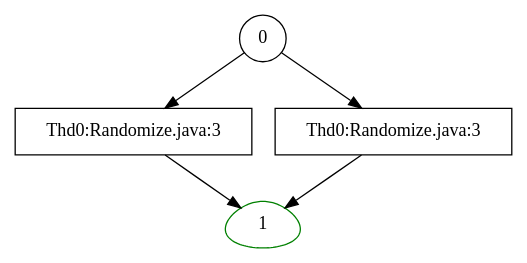
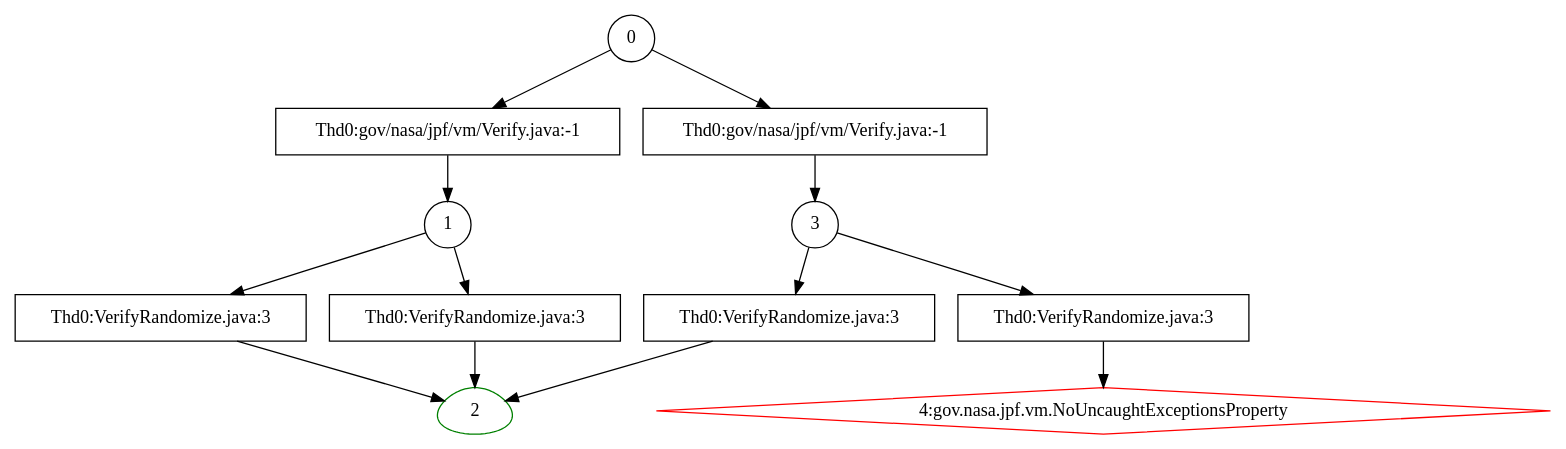
Before and after one commit to FedericoValentino/FormalMethods: the diagram in jpf-demos/Random/jpf-state-space.dot, drawn with Graphviz. The commit also changed 5 other files, not shown here.

```diff
--- a/jpf-demos/Random/jpf-state-space.dot
+++ b/jpf-demos/Random/jpf-state-space.dot
@@ -1,14 +1,31 @@
 digraph jpf_state_space {
-/* searchAdvanced(0, Thd0:java/util/Random.java:-1, true) */
-/* searchAdvanced(1, Thd0:Randomize.java:3, false) */
+/* searchAdvanced(0, Thd0:gov/nasa/jpf/vm/Verify.java:-1, true) */
+/* searchAdvanced(1, Thd0:gov/nasa/jpf/vm/Verify.java:-1, true) */
   st0 -> tr0;
-  tr0 [label="Thd0:Randomize.java:3",shape=box]
+  tr0 [label="Thd0:gov/nasa/jpf/vm/Verify.java:-1",shape=box]
   tr0 -> st1;  st0 [label="0",shape=circle,color=black];
-  st1 [label="1",shape=egg,color=green];
-/* searchBacktracked(gov.nasa.jpf.listener.StateSpaceDot$StateInformation@682b2fa) */
-/* searchAdvanced(1, Thd0:Randomize.java:3, false) */
-  st0 -> tr1;
-  tr1 [label="Thd0:Randomize.java:3",shape=box]
-  tr1 -> st1;/* searchBacktracked(gov.nasa.jpf.listener.StateSpaceDot$StateInformation@682b2fa) */
-/* searchBacktracked(gov.nasa.jpf.listener.StateSpaceDot$StateInformation@682b2fa) */
+/* searchAdvanced(2, Thd0:VerifyRandomize.java:3, false) */
+  st1 -> tr1;
+  tr1 [label="Thd0:VerifyRandomize.java:3",shape=box]
+  tr1 -> st2;  st1 [label="1",shape=circle,color=black];
+  st2 [label="2",shape=egg,color=green];
+/* searchBacktracked(gov.nasa.jpf.listener.StateSpaceDot$StateInformation@510f3d34) */
+/* searchAdvanced(2, Thd0:VerifyRandomize.java:3, false) */
+  st1 -> tr2;
+  tr2 [label="Thd0:VerifyRandomize.java:3",shape=box]
+  tr2 -> st2;/* searchBacktracked(gov.nasa.jpf.listener.StateSpaceDot$StateInformation@510f3d34) */
+/* searchBacktracked(gov.nasa.jpf.listener.StateSpaceDot$StateInformation@510f3d34) */
+/* searchAdvanced(3, Thd0:gov/nasa/jpf/vm/Verify.java:-1, true) */
+  st0 -> tr3;
+  tr3 [label="Thd0:gov/nasa/jpf/vm/Verify.java:-1",shape=box]
+  tr3 -> st3;/* searchAdvanced(2, Thd0:VerifyRandomize.java:3, false) */
+  st3 -> tr4;
+  tr4 [label="Thd0:VerifyRandomize.java:3",shape=box]
+  tr4 -> st2;  st3 [label="3",shape=circle,color=black];
+/* searchBacktracked(gov.nasa.jpf.listener.StateSpaceDot$StateInformation@510f3d34) */
+/* searchAdvanced(4, Thd0:VerifyRandomize.java:3, false) */
+  st3 -> tr5;
+  tr5 [label="Thd0:VerifyRandomize.java:3",shape=box]
+  tr5 -> st4;/* propertyViolated(4) */
+  st4 [label="4:gov.nasa.jpf.vm.NoUncaughtExceptionsProperty",shape=diamond,color=red];
 }
```
